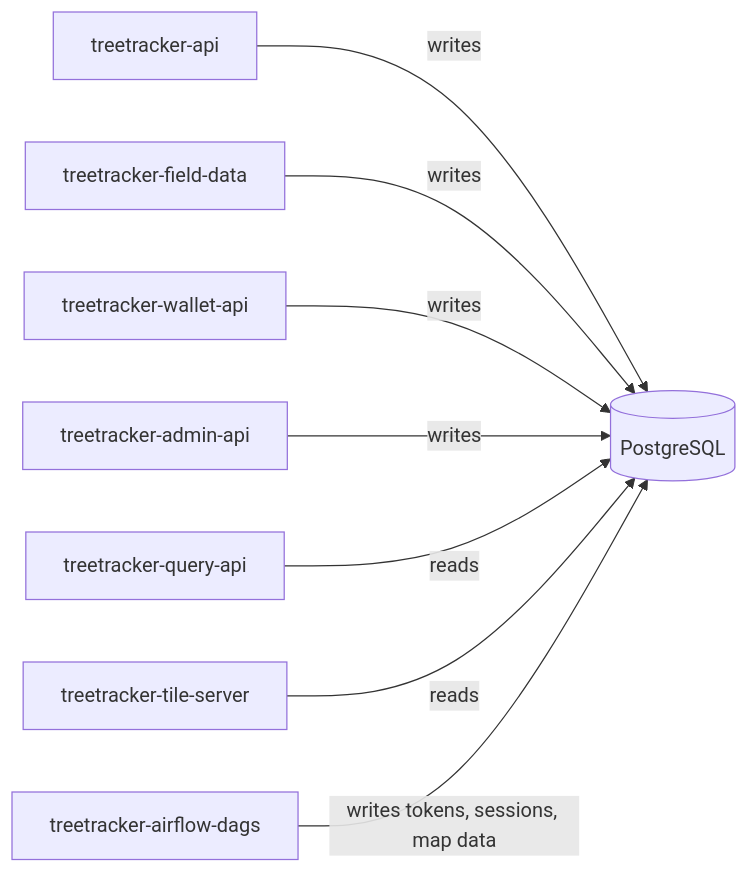
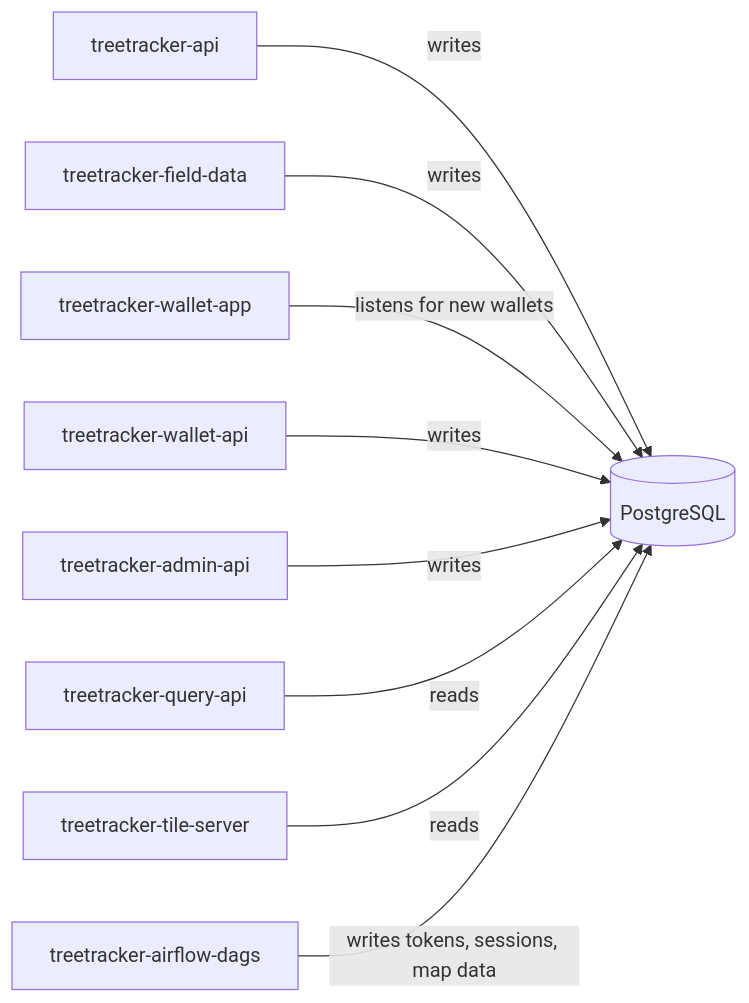
The fourth of 5 diagrams in ARCHITECTURE.md (arnoldcastro5000/understand-greenstand), drawn with Mermaid before and after one commit. The commit also changed other lines of this file and 9 other files, not shown here.

First line of the commit message:
Regenerate treetracker-wallet-app at 3c14113

````diff
--- a/ARCHITECTURE.md
+++ b/ARCHITECTURE.md
@@ -107,18 +111,20 @@
 ```mermaid
 flowchart LR
   n_treetracker_api["treetracker-api"]
   n_postgres[("PostgreSQL")]
   n_treetracker_field_data["treetracker-field-data"]
+  n_treetracker_wallet_app["treetracker-wallet-app"]
   n_treetracker_wallet_api["treetracker-wallet-api"]
   n_treetracker_admin_api["treetracker-admin-api"]
   n_treetracker_query_api["treetracker-query-api"]
   n_treetracker_tile_server["treetracker-tile-server"]
   n_treetracker_airflow_dags["treetracker-airflow-dags"]
   n_treetracker_api -->|"writes"| n_postgres
   n_treetracker_field_data -->|"writes"| n_postgres
+  n_treetracker_wallet_app -->|"listens for new wallets"| n_postgres
   n_treetracker_wallet_api -->|"writes"| n_postgres
   n_treetracker_admin_api -->|"writes"| n_postgres
   n_treetracker_query_api -->|"reads"| n_postgres
   n_treetracker_tile_server -->|"reads"| n_postgres
   n_treetracker_airflow_dags -->|"writes tokens, sessions, map data"| n_postgres
 ```
````
